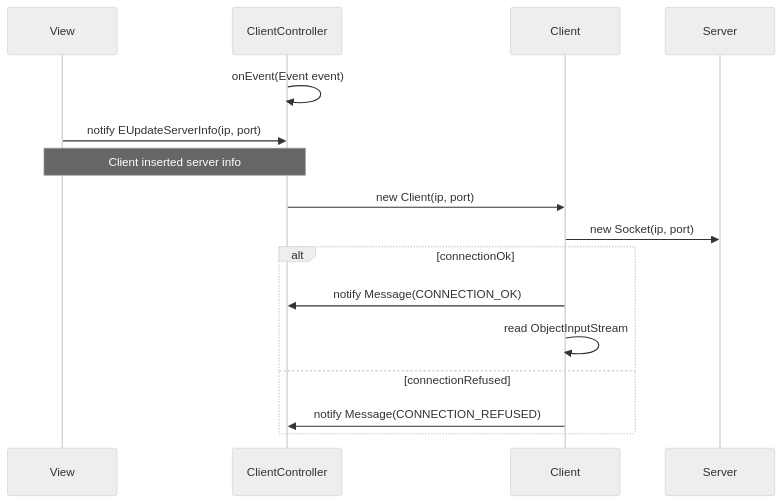
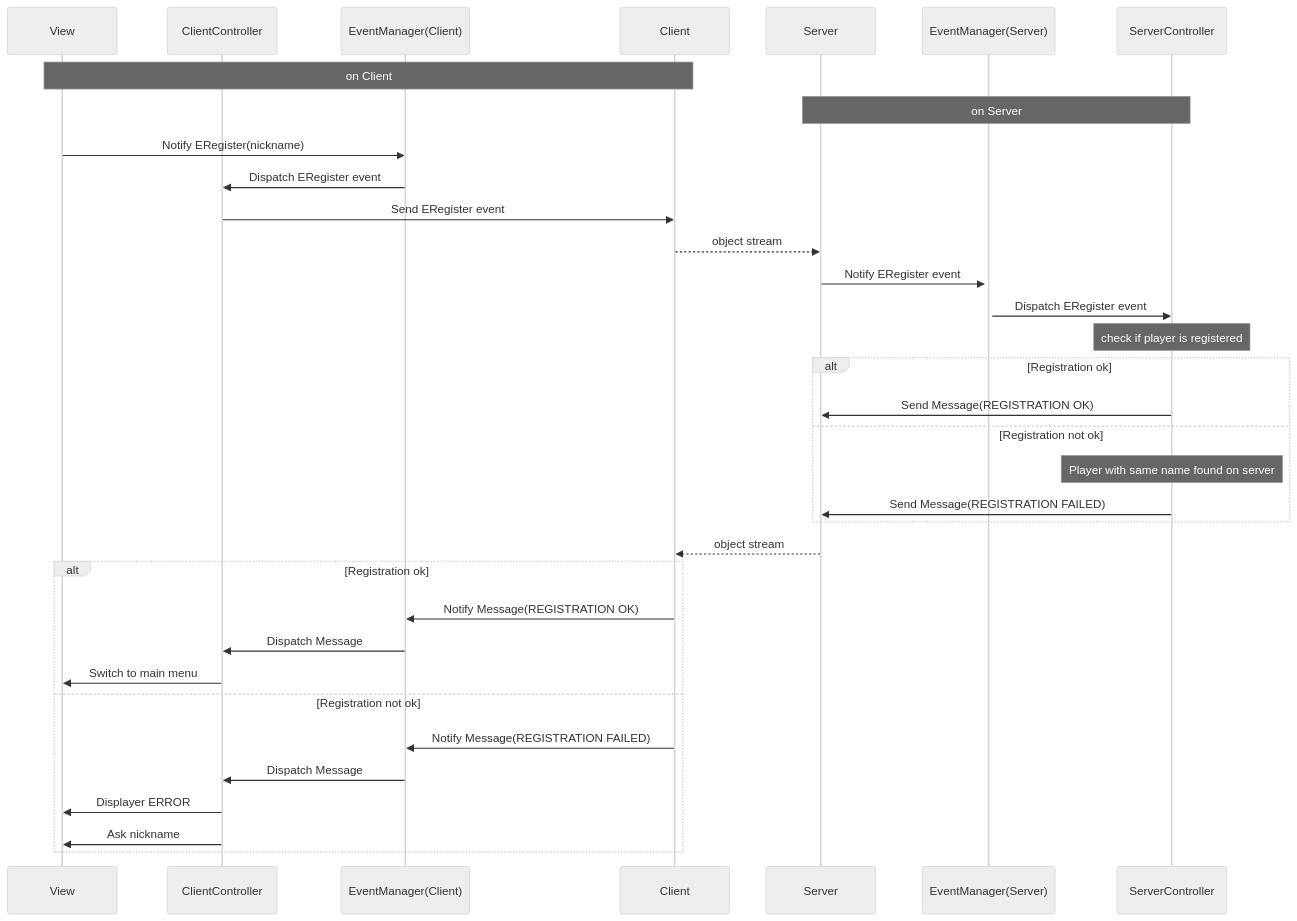
The diagram in docs/EVENTS-SEQUENCE-DIAGRAM.md (irinel-sarbu/ing-sw-2022-Rigamonti-Rogora-Sarbu), drawn with Mermaid (neutral theme) before and after one commit. The commit also changed 39 other files, not shown here.

Commit message:
Removed client from event handler

````diff
--- a/docs/EVENTS-SEQUENCE-DIAGRAM.md
+++ b/docs/EVENTS-SEQUENCE-DIAGRAM.md
@@ -3,22 +3,46 @@
 ```mermaid
 sequenceDiagram
     participant View
+    
     participant ClientController
+    participant EventManager(Client)
     participant Client
+    Note over View,Client: on Client
+
     participant Server
+    participant EventManager(Server)
+    participant ServerController
+    Note over Server,ServerController: on Server
     
-    ClientController ->> ClientController: onEvent(Event event)
+    View ->> EventManager(Client): Notify ERegister(nickname)
     
-    View ->> ClientController: notify EUpdateServerInfo(ip, port)
-    Note over View,ClientController: Client inserted server info
-     
-    ClientController ->> Client: new Client(ip, port)
-    Client ->> Server: new Socket(ip, port)
-    alt connectionOk
-        Client ->> ClientController: notify Message(CONNECTION_OK)
-        Client ->> Client: read ObjectInputStream
-    else connectionRefused
-        Client ->> ClientController: notify Message(CONNECTION_REFUSED)
+    EventManager(Client) ->> ClientController: Dispatch ERegister event
+    ClientController ->> Client: Send ERegister event
+       
+    Client -->> Server: object stream
+    
+    Server ->>+ EventManager(Server): Notify ERegister event
+    EventManager(Server) ->> ServerController: Dispatch ERegister event
+    
+    Note over ServerController: check if player is registered
+    alt Registration ok
+        ServerController ->> Server: Send Message(REGISTRATION OK)
+    else Registration not ok
+        Note over ServerController: Player with same name found on server
+        ServerController ->> Server: Send Message(REGISTRATION FAILED)
+    end
+    
+    Server -->> Client: object stream
+    
+    alt Registration ok
+        Client ->> EventManager(Client): Notify Message(REGISTRATION OK)
+        EventManager(Client) ->> ClientController: Dispatch Message
+        ClientController ->> View: Switch to main menu
+    else Registration not ok
+        Client ->> EventManager(Client): Notify Message(REGISTRATION FAILED)
+        EventManager(Client) ->> ClientController: Dispatch Message
+        ClientController ->> View: Displayer ERROR
+        ClientController ->> View: Ask nickname
     end
 
 ```
````
